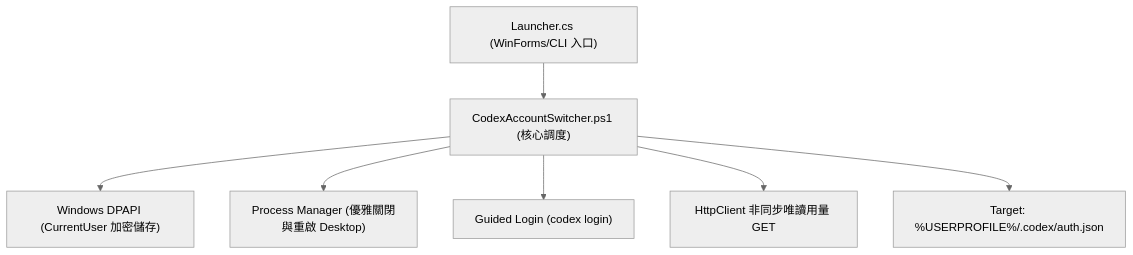
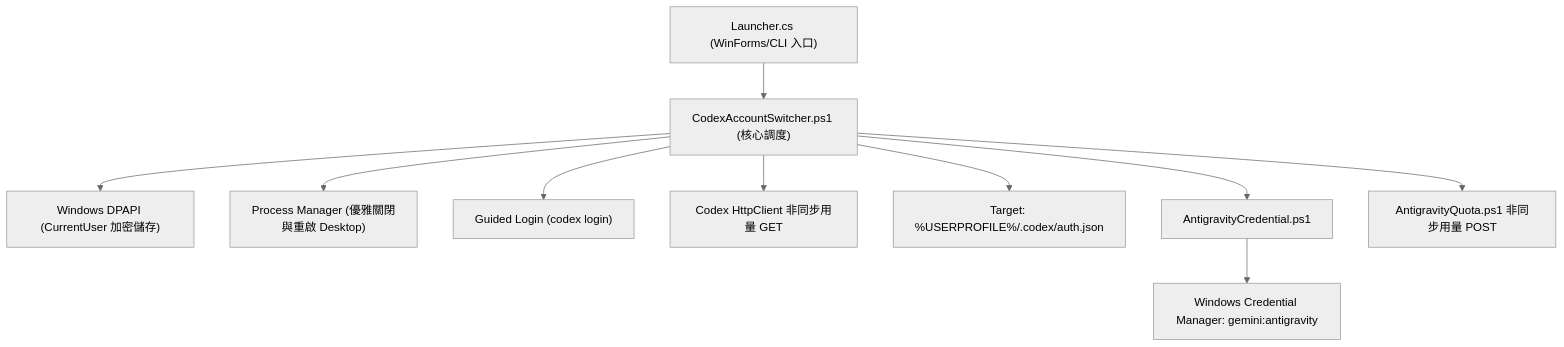
One commit to vinceli/codex-account-switcher changed the diagram in docs/spec/architecture.md. Above: the diagram before and after it, drawn with Mermaid (neutral theme). The commit also changed other lines of this file and 13 other files, not shown here.

First line of the commit message:
feat: 支援 Antigravity 帳號切換、用量查詢與視窗/工作列圖示一致性

````diff
--- a/docs/spec/architecture.md
+++ b/docs/spec/architecture.md
@@ -10,9 +10,12 @@
 ```mermaid
 flowchart TD
     Launcher["Launcher.cs (WinForms/CLI 入口)"] --> Switcher["CodexAccountSwitcher.ps1 (核心調度)"]
     Switcher --> DPAPI["Windows DPAPI (CurrentUser 加密儲存)"]
     Switcher --> ProcessMgr["Process Manager (優雅關閉與重啟 Desktop)"]
     Switcher --> GuidedLogin["Guided Login (codex login)"]
-    Switcher --> Quota["HttpClient 非同步唯讀用量 GET"]
+    Switcher --> Quota["Codex HttpClient 非同步用量 GET"]
     Switcher --> AuthTarget["Target: %USERPROFILE%/.codex/auth.json"]
+    Switcher --> AG["AntigravityCredential.ps1"]
+    Switcher --> AGQuota["AntigravityQuota.ps1 非同步用量 POST"]
+    AG --> CredMan["Windows Credential Manager: gemini:antigravity"]
 ```
````
